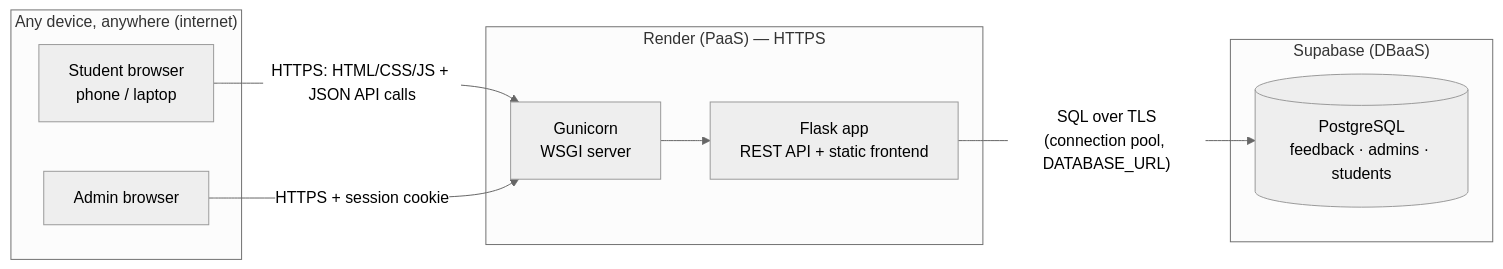
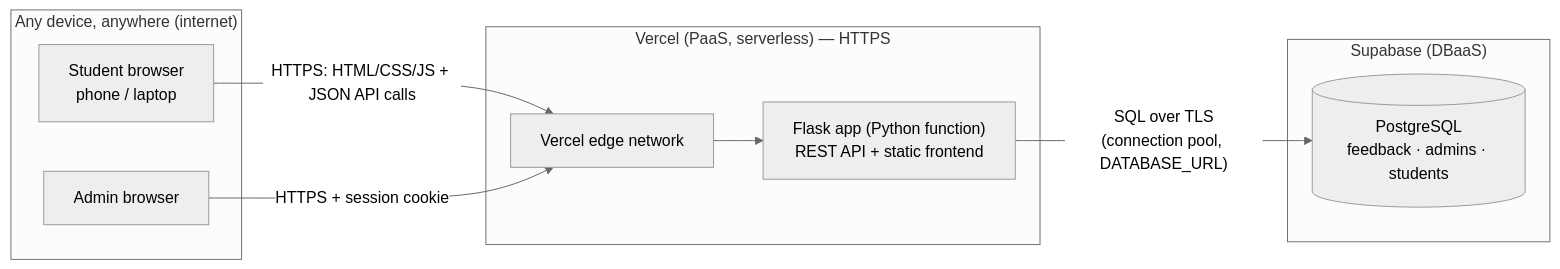
One commit to diyakotru/CampusVoice changed the first of 2 diagrams in docs/architecture.md. Above: the diagram before and after it, drawn with Mermaid (neutral theme). The commit also changed other lines of this file and 10 other files, not shown here.

````diff
--- a/docs/architecture.md
+++ b/docs/architecture.md
@@ -9,16 +9,16 @@
 ```mermaid
 flowchart LR
     subgraph Users["Any device, anywhere (internet)"]
         S["Student browser<br/>phone / laptop"]
         A["Admin browser"]
     end
-    subgraph Render["Render (PaaS) — HTTPS"]
-        G["Gunicorn<br/>WSGI server"] --> F["Flask app<br/>REST API + static frontend"]
+    subgraph Vercel["Vercel (PaaS, serverless) — HTTPS"]
+        G["Vercel edge network"] --> F["Flask app (Python function)<br/>REST API + static frontend"]
     end
     subgraph Supabase["Supabase (DBaaS)"]
         P[("PostgreSQL<br/>feedback · admins · students")]
     end
     S -- "HTTPS: HTML/CSS/JS + JSON API calls" --> G
     A -- "HTTPS + session cookie" --> G
     F -- "SQL over TLS<br/>(connection pool, DATABASE_URL)" --> P
 ```
````
